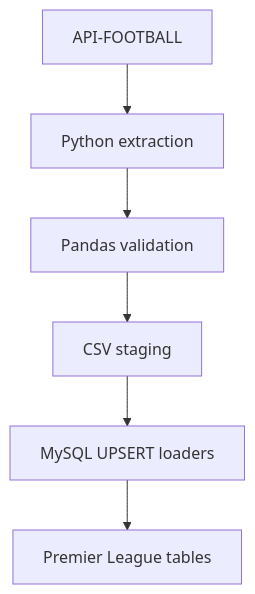
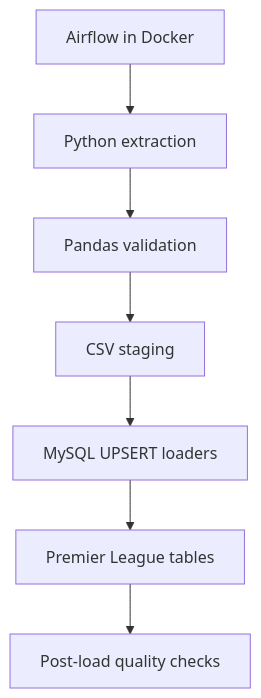
Before and after one commit to Mohamed254-pixel/soccer-data-pipeline: the diagram in docs/architecture.md, drawn with Mermaid. The commit also changed other lines of this file and 1 other file, not shown here.

Commit message:
Document Airflow data quality architecture

````diff
--- a/docs/architecture.md
+++ b/docs/architecture.md
@@ -19,8 +19,9 @@
 ```mermaid
 flowchart TD
-    API["API-FOOTBALL"] --> EXTRACT["Python extraction"]
-    EXTRACT --> VALIDATE["Pandas validation"]
-    VALIDATE --> CSV["CSV staging"]
+    AIRFLOW["Airflow in Docker"] --> EXTRACT["Python extraction"]
+    EXTRACT --> TRANSFORM["Pandas validation"]
+    TRANSFORM --> CSV["CSV staging"]
     CSV --> LOAD["MySQL UPSERT loaders"]
     LOAD --> DB["Premier League tables"]
+    DB --> QUALITY["Post-load quality checks"]
 ```
````
